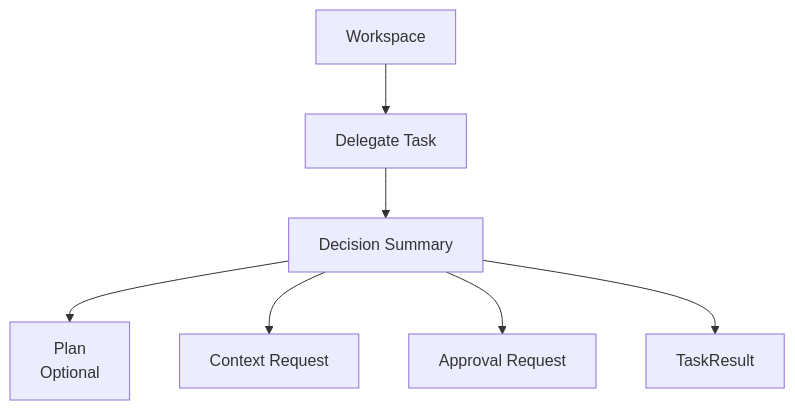
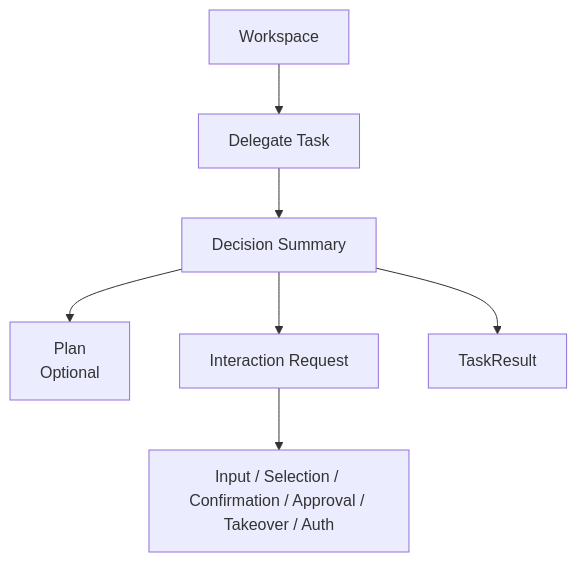
The diagram in docs/Chinese/mvp/WORKSPACE_VISUAL_BASELINE.md (suberking0212/Astra-OS), drawn with Mermaid before and after one commit. The commit also changed other lines of this file and 28 other files, not shown here.

````diff
--- a/docs/Chinese/mvp/WORKSPACE_VISUAL_BASELINE.md
+++ b/docs/Chinese/mvp/WORKSPACE_VISUAL_BASELINE.md
@@ -55,9 +64,9 @@
 ```mermaid
 flowchart TD
   W[Workspace] --> T[Delegate Task]
   T --> D[Decision Summary]
   D --> P[Plan<br/>Optional]
-  D --> C[Context Request]
-  D --> A[Approval Request]
+  D --> C[Interaction Request]
+  C --> I[Input / Selection / Confirmation / Approval / Takeover / Auth]
   D --> R[TaskResult]
 ```
````
